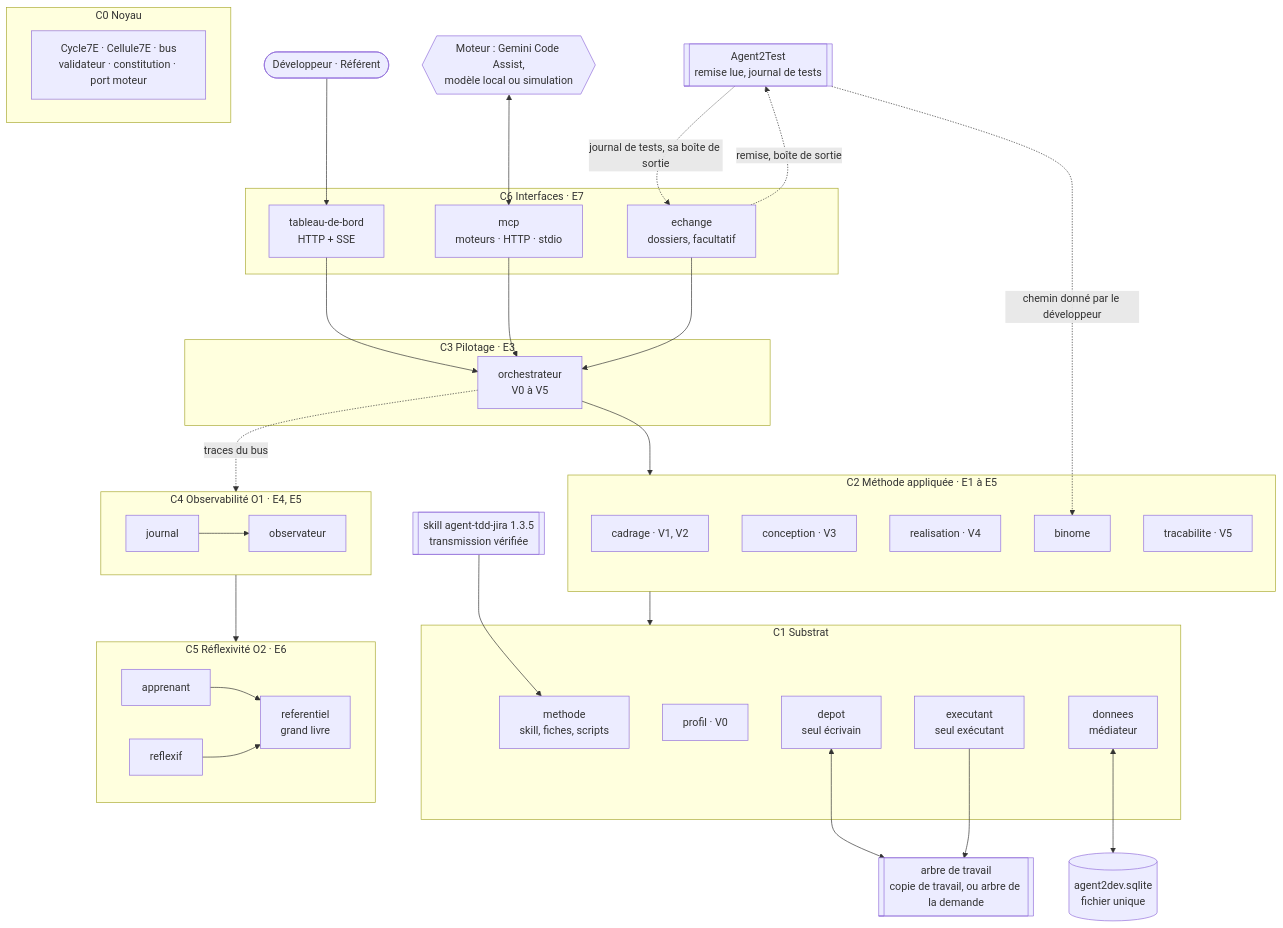
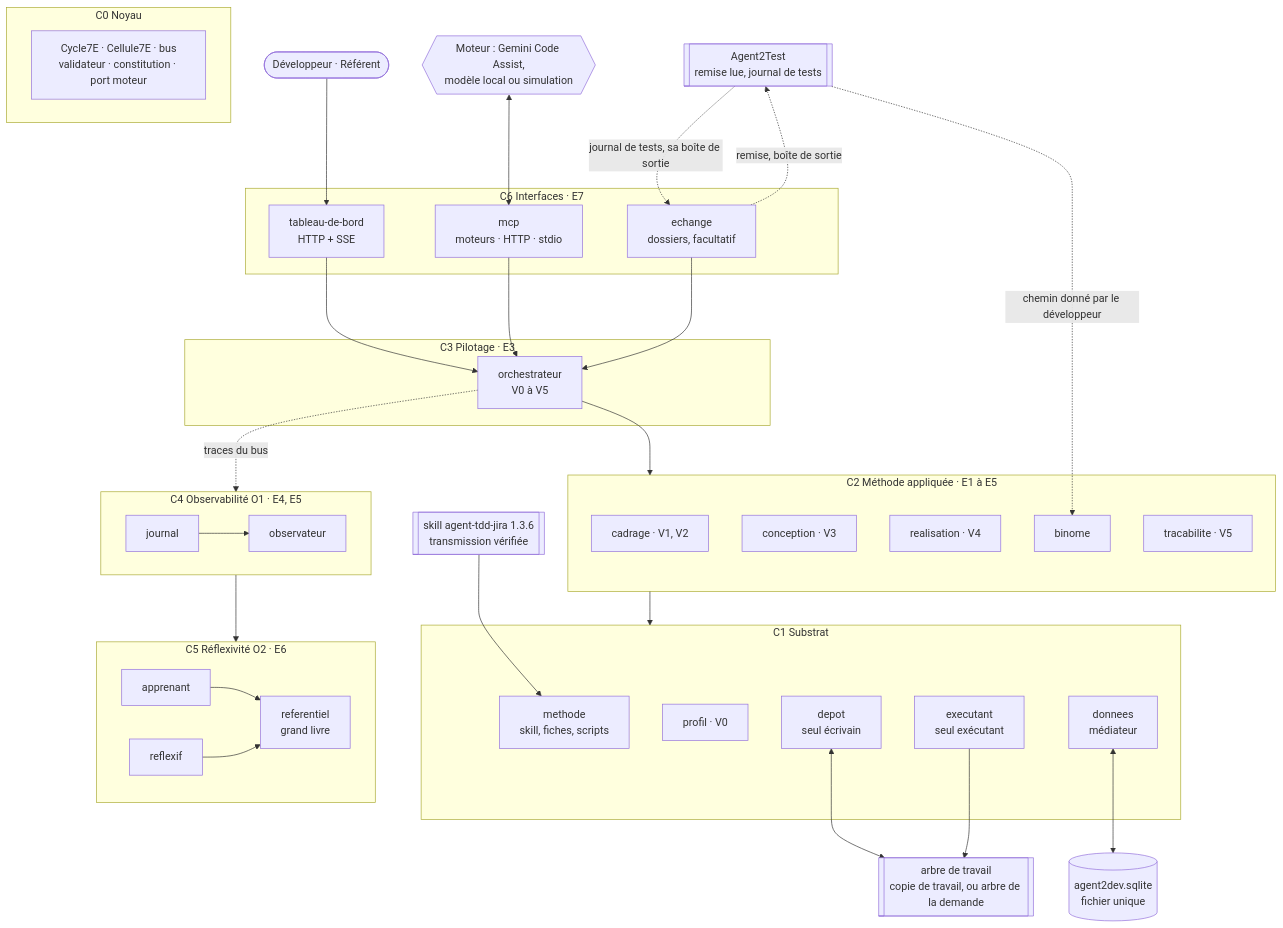
One commit to FredGarcia/Agent2Prompt changed the diagram in specs/agent2dev/SKILL.md. Above: the diagram before and after it, drawn with Mermaid. The commit also changed other lines of this file and 85 other files, not shown here.

````diff
--- a/specs/agent2dev/SKILL.md
+++ b/specs/agent2dev/SKILL.md
@@ -69,57 +72,57 @@
 ```mermaid
 flowchart TB
   DEV(["Développeur · Référent"])
   GEM{{"Moteur : Gemini Code Assist,<br/>modèle local ou simulation"}}
-  SK[["skill agent-tdd-jira 1.3.5<br/>transmission vérifiée"]]
+  SK[["skill agent-tdd-jira 1.3.6<br/>transmission vérifiée"]]
   A2T[["Agent2Test<br/>remise lue, journal de tests"]]
   subgraph C6["C6 Interfaces · E7"]
     TDB["tableau-de-bord<br/>HTTP + SSE"]
     MCP["mcp<br/>moteurs · HTTP · stdio"]
     ECH["echange<br/>dossiers, facultatif"]
   end
   subgraph C3["C3 Pilotage · E3"]
     ORC["orchestrateur<br/>V0 à V5"]
   end
   subgraph C2["C2 Méthode appliquée · E1 à E5"]
     CAD["cadrage · V1, V2"]
     CON["conception · V3"]
     REA["realisation · V4"]
     BIN["binome"]
     TRA["tracabilite · V5"]
   end
   subgraph C1["C1 Substrat"]
     MET["methode<br/>skill, fiches, scripts"]
     PRO["profil · V0"]
     DEP["depot<br/>seul écrivain"]
     EXE["executant<br/>seul exécutant"]
     DON["donnees<br/>médiateur"]
   end
   subgraph C0["C0 Noyau"]
     K["Cycle7E · Cellule7E · bus<br/>validateur · constitution · port moteur"]
   end
   subgraph C4["C4 Observabilité O1 · E4, E5"]
     JRN["journal"] --> OBS["observateur"]
   end
   subgraph C5["C5 Réflexivité O2 · E6"]
     APP["apprenant"] --> REF["referentiel<br/>grand livre"]
     RFX["reflexif"] --> REF
   end
   PROJ[["arbre de travail<br/>copie de travail, ou arbre de la demande"]]
   BDD[("agent2dev.sqlite<br/>fichier unique")]
   DEV --> TDB
   GEM <--> MCP
   TDB --> ORC
   MCP --> ORC
   ECH --> ORC
   ORC --> C2
   C2 --> C1
   SK --> MET
   A2T -.->|"chemin donné par le développeur"| BIN
   ECH -.->|"remise, boîte de sortie"| A2T
   A2T -.->|"journal de tests, sa boîte de sortie"| ECH
   DEP <--> PROJ
   EXE --> PROJ
   DON <--> BDD
   ORC -.->|"traces du bus"| C4
   C4 --> C5
 ```
````
